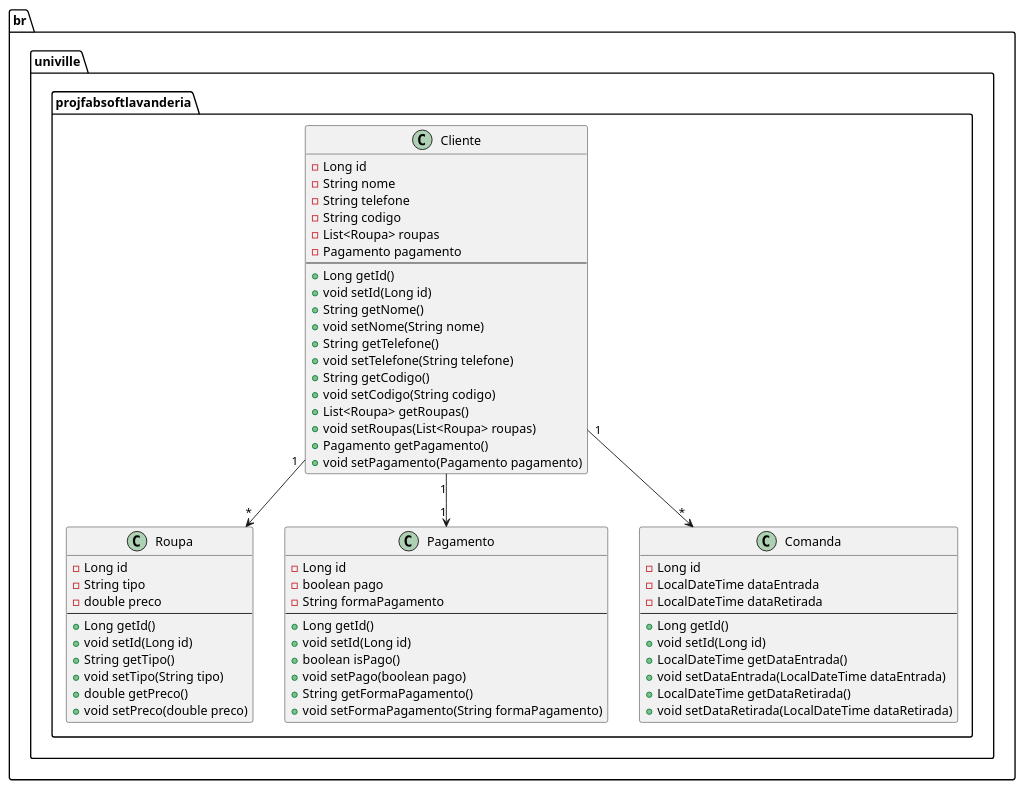
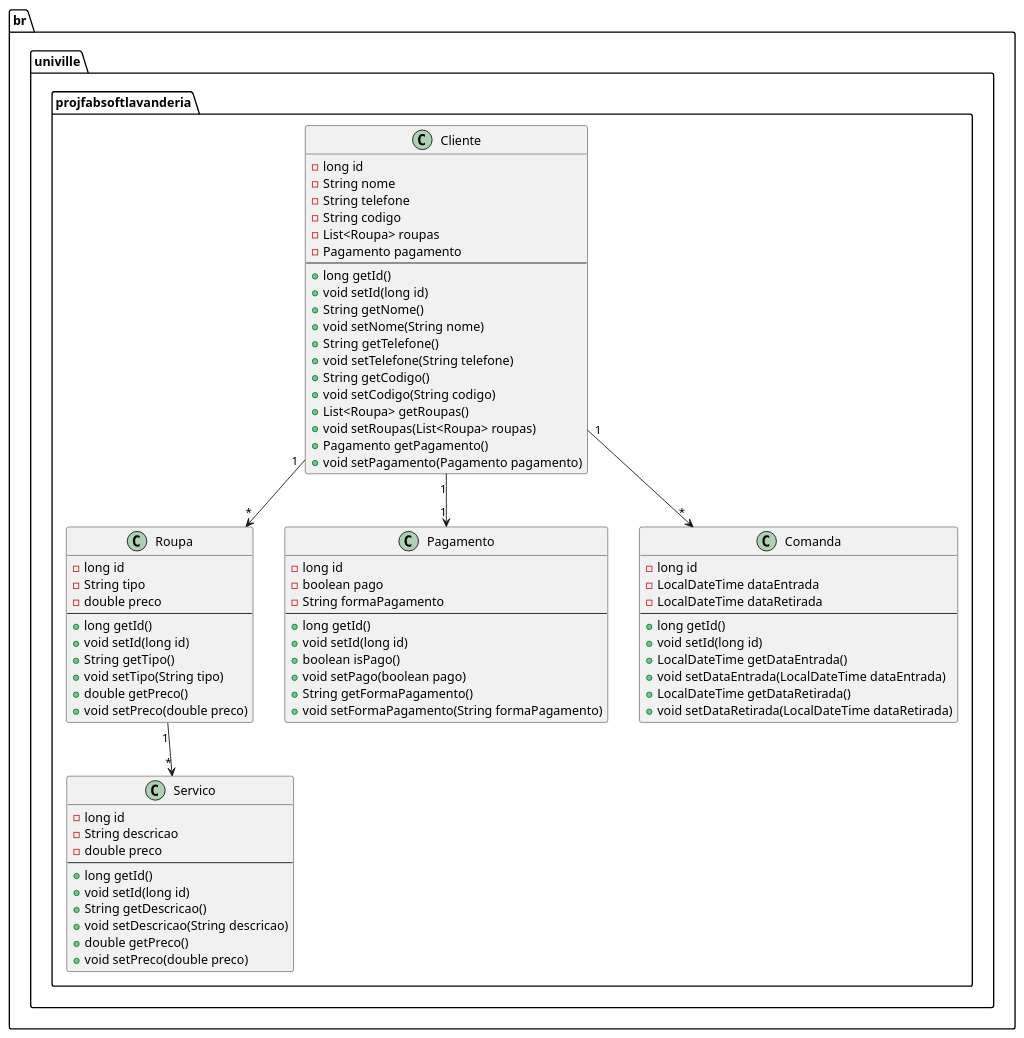
Before and after one commit to Akaigg/fabsoftb_vitor_matheus: the diagram in diagramas/diagrama.puml, drawn with PlantUML. The commit also changed 3 other files, not shown here.

```diff
--- a/diagramas/diagrama.puml
+++ b/diagramas/diagrama.puml
@@ -1,68 +1,82 @@
 @startuml
 package br.univille.projfabsoftlavanderia {
     class Cliente {
-        - Long id
+        - long id
         - String nome
         - String telefone
         - String codigo
         - List<Roupa> roupas
         - Pagamento pagamento
         --
-        + Long getId()
-        + void setId(Long id)
+        + long getId()
+        + void setId(long id)
         + String getNome()
         + void setNome(String nome)
         + String getTelefone()
         + void setTelefone(String telefone)
         + String getCodigo()
         + void setCodigo(String codigo)
         + List<Roupa> getRoupas()
         + void setRoupas(List<Roupa> roupas)
         + Pagamento getPagamento()
         + void setPagamento(Pagamento pagamento)
     }
 
     class Roupa {
-        - Long id
+        - long id
         - String tipo
         - double preco
         --
-        + Long getId()
-        + void setId(Long id)
+        + long getId()
+        + void setId(long id)
         + String getTipo()
         + void setTipo(String tipo)
         + double getPreco()
         + void setPreco(double preco)
     }
 
     class Pagamento {
-        - Long id
+        - long id
         - boolean pago
         - String formaPagamento
         --
-        + Long getId()
-        + void setId(Long id)
+        + long getId()
+        + void setId(long id)
         + boolean isPago()
         + void setPago(boolean pago)
         + String getFormaPagamento()
         + void setFormaPagamento(String formaPagamento)
     }
 
     class Comanda {
-        - Long id
+        - long id
         - LocalDateTime dataEntrada
         - LocalDateTime dataRetirada
         --
-        + Long getId()
-        + void setId(Long id)
+        + long getId()
+        + void setId(long id)
         + LocalDateTime getDataEntrada()
         + void setDataEntrada(LocalDateTime dataEntrada)
         + LocalDateTime getDataRetirada()
         + void setDataRetirada(LocalDateTime dataRetirada)
     }
 
+    class Servico {
+        - long id
+        - String descricao
+        - double preco
+        --
+        + long getId()
+        + void setId(long id)
+        + String getDescricao()
+        + void setDescricao(String descricao)
+        + double getPreco()
+        + void setPreco(double preco)
+    }
+
     Cliente "1" --> "*" Roupa
     Cliente "1" --> "1" Pagamento
     Cliente "1" --> "*" Comanda
+    Roupa "1" --> "*" Servico
 }
 @enduml
```
